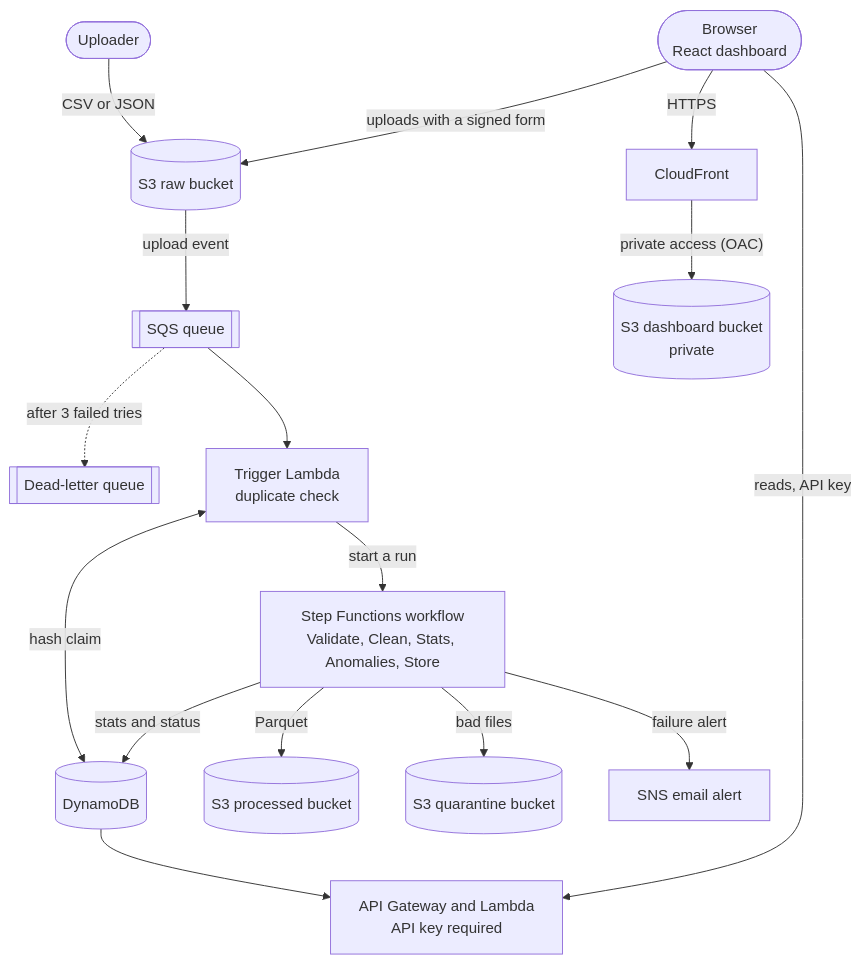
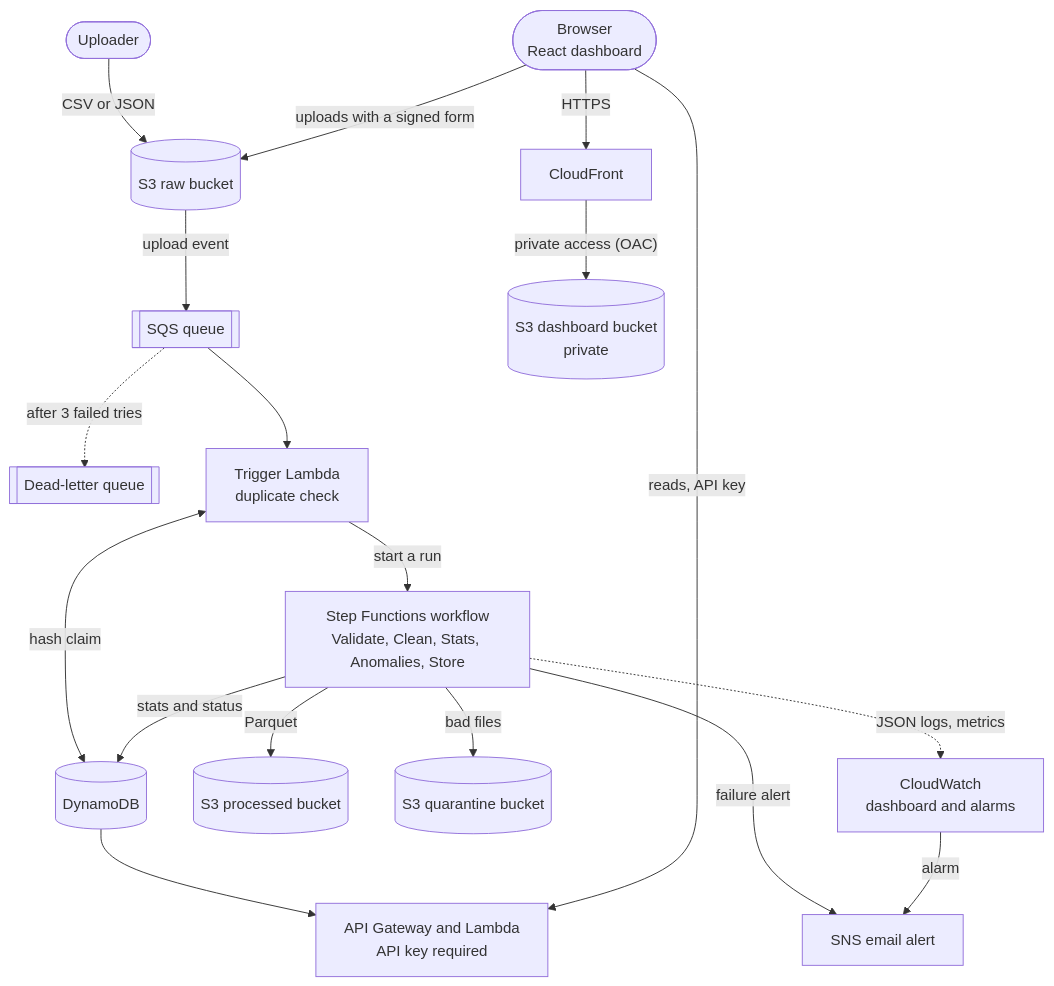
Before and after one commit to dhananjaya-hbc/gradeflow-serverless-pipeline: the first of 4 diagrams in README.md, drawn with Mermaid. The commit also changed other lines of this file, not shown here.

Commit message:
docs: document observability: logs, metrics, dashboard, alarms and cold start

````diff
--- a/README.md
+++ b/README.md
@@ -10,18 +10,20 @@
 ```mermaid
 flowchart TD
     uploader(["Uploader"]) -->|"CSV or JSON"| raw[("S3 raw bucket")]
     raw -->|"upload event"| queue[["SQS queue"]]
     queue -.->|"after 3 failed tries"| dlq[["Dead-letter queue"]]
     queue --> trigger["Trigger Lambda<br/>duplicate check"]
     trigger -->|"start a run"| workflow["Step Functions workflow<br/>Validate, Clean, Stats, Anomalies, Store"]
     trigger <-->|"hash claim"| ddb[("DynamoDB")]
     workflow -->|"stats and status"| ddb
     workflow -->|"Parquet"| processed[("S3 processed bucket")]
     workflow -->|"bad files"| quarantine[("S3 quarantine bucket")]
     workflow -->|"failure alert"| sns["SNS email alert"]
     ddb --> api["API Gateway and Lambda<br/>API key required"]
     browser(["Browser<br/>React dashboard"]) -->|"HTTPS"| cdn["CloudFront"]
     cdn -->|"private access (OAC)"| site[("S3 dashboard bucket<br/>private")]
     browser -->|"reads, API key"| api
     browser -->|"uploads with a signed form"| raw
+    workflow -.->|"JSON logs, metrics"| cw["CloudWatch<br/>dashboard and alarms"]
+    cw -->|"alarm"| sns
 ```
````
